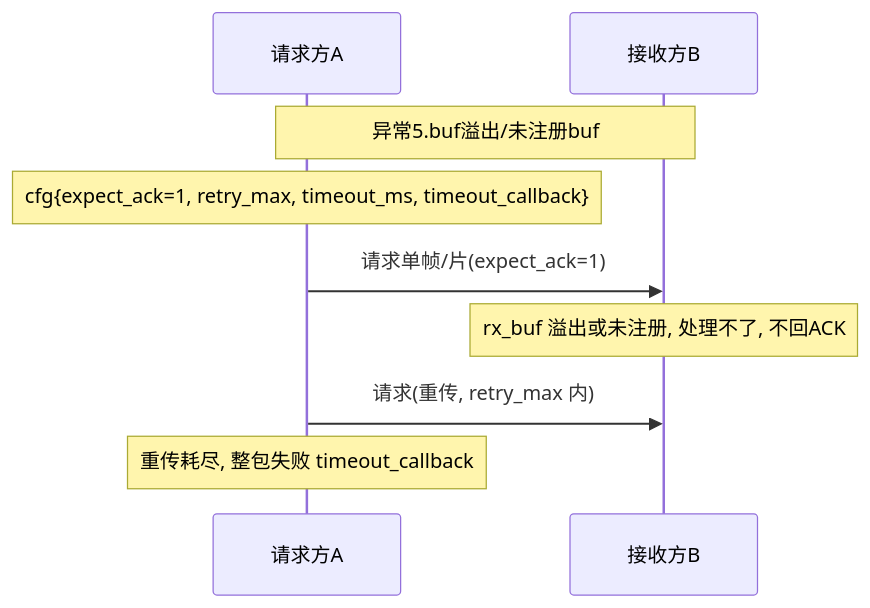
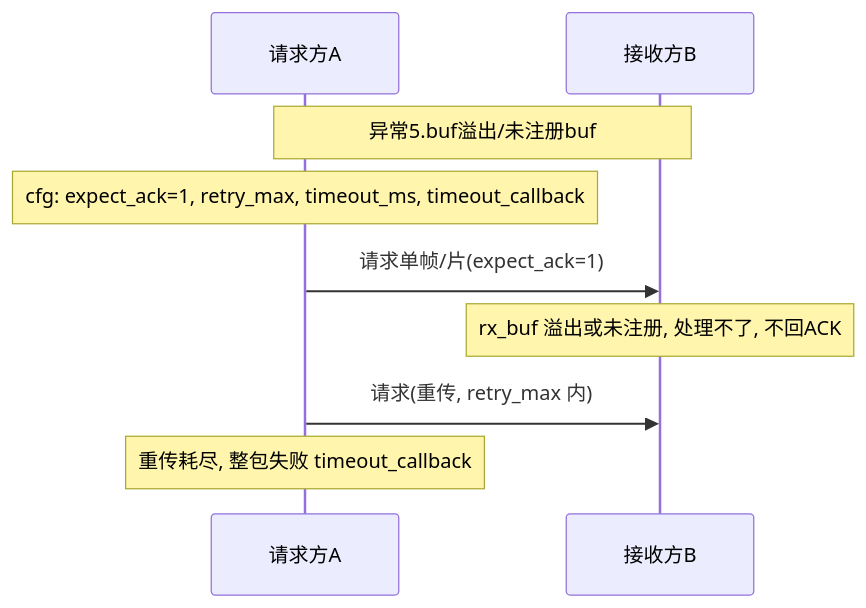
One commit to Siaiai/ObsidianNote changed diagram 12 of 14 in 工作/项目/代码/260401S3分拣面板-SIA-R9000P.md. Above: the diagram before and after it, drawn with Mermaid. The commit also changed other lines of this file and 1 other file, not shown here.

````diff
--- a/工作/项目/代码/260401S3分拣面板-SIA-R9000P.md
+++ b/工作/项目/代码/260401S3分拣面板-SIA-R9000P.md
@@ -274,11 +273,11 @@
 ```mermaid
 sequenceDiagram
     participant A as 请求方A
     participant B as 接收方B
     Note over A,B: 异常5.buf溢出/未注册buf
-    Note over A: cfg{expect_ack=1, retry_max, timeout_ms, timeout_callback}
+    Note over A: cfg: expect_ack=1, retry_max, timeout_ms, timeout_callback
     A->>B: 请求单帧/片(expect_ack=1)
     Note over B: rx_buf 溢出或未注册, 处理不了, 不回ACK
     A->>B: 请求(重传, retry_max 内)
     Note over A: 重传耗尽, 整包失败 timeout_callback
 ```
````
